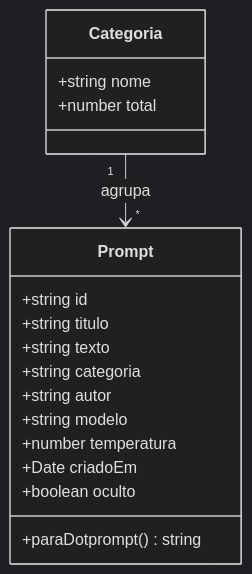
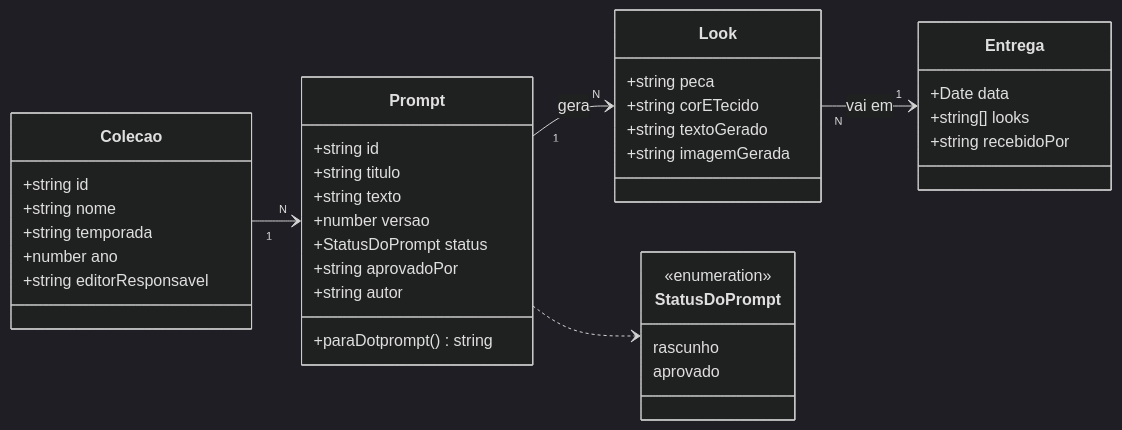
One commit to Silverbullet-live/gerenciador-prompts changed the second of 3 diagrams in docs/03-classes.md. Above: the diagram before and after it, drawn with Mermaid (dark theme). The commit also changed other lines of this file and 18 other files, not shown here.

````diff
--- a/docs/03-classes.md
+++ b/docs/03-classes.md
@@ -18,20 +24,41 @@
 ```mermaid
 classDiagram
+    direction LR
+    class Colecao {
+        +string id
+        +string nome
+        +string temporada
+        +number ano
+        +string editorResponsavel
+    }
     class Prompt {
         +string id
         +string titulo
         +string texto
-        +string categoria
+        +number versao
+        +StatusDoPrompt status
+        +string aprovadoPor
         +string autor
-        +string modelo
-        +number temperatura
-        +Date criadoEm
-        +boolean oculto
         +paraDotprompt() string
     }
-    class Categoria {
-        +string nome
-        +number total
+    class Look {
+        +string peca
+        +string corETecido
+        +string textoGerado
+        +string imagemGerada
     }
-    Categoria "1" --> "*" Prompt : agrupa
+    class Entrega {
+        +Date data
+        +string[] looks
+        +string recebidoPor
+    }
+    class StatusDoPrompt {
+        <<enumeration>>
+        rascunho
+        aprovado
+    }
+    Colecao "1" --> "N" Prompt
+    Prompt "1" --> "N" Look : gera
+    Look "N" --> "1" Entrega : vai em
+    Prompt ..> StatusDoPrompt
 ```
````
